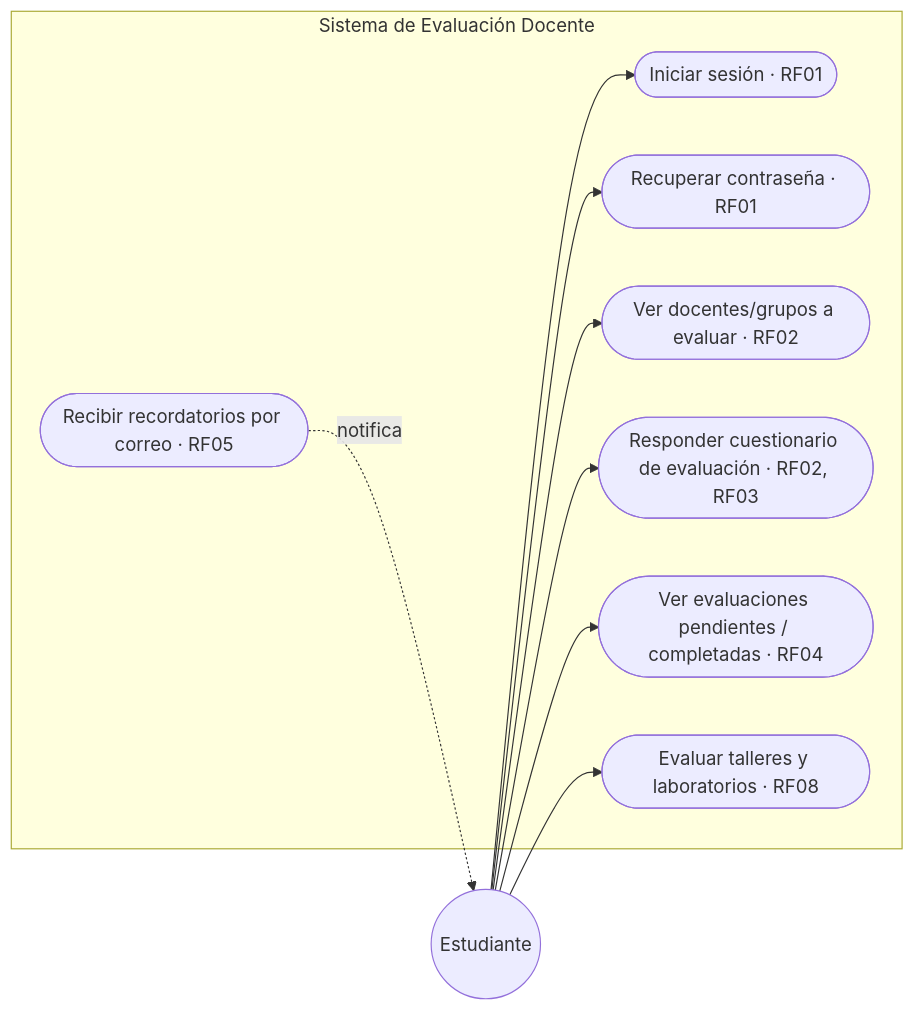
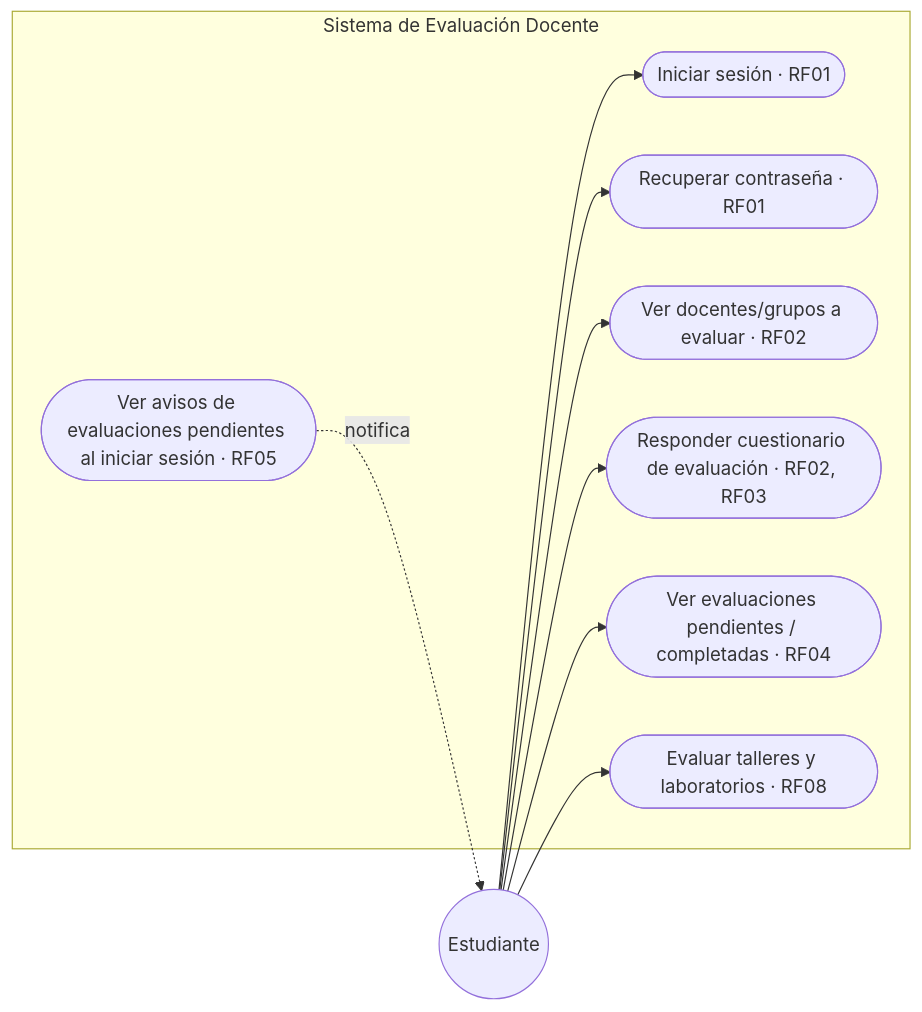
Before and after one commit to AmoxGH05-blip/Ingenieros_Malas_Influencias: the first of 5 diagrams in docs/casos_de_uso.md, drawn with Mermaid. The commit also changed other lines of this file and 34 other files, not shown here.

````diff
--- a/docs/casos_de_uso.md
+++ b/docs/casos_de_uso.md
@@ -19,20 +19,20 @@
 ```mermaid
 flowchart LR
     Estudiante((Estudiante))
     subgraph SIS["Sistema de Evaluación Docente"]
         E1([Iniciar sesión · RF01])
         E2([Recuperar contraseña · RF01])
         E3([Ver docentes/grupos a evaluar · RF02])
         E4([Responder cuestionario de evaluación · RF02, RF03])
         E5([Ver evaluaciones pendientes / completadas · RF04])
         E6([Evaluar talleres y laboratorios · RF08])
-        E7([Recibir recordatorios por correo · RF05])
+        E7([Ver avisos de evaluaciones pendientes al iniciar sesión · RF05])
     end
     Estudiante --> E1
     Estudiante --> E2
     Estudiante --> E3
     Estudiante --> E4
     Estudiante --> E5
     Estudiante --> E6
     E7 -.notifica.-> Estudiante
 ```
````
